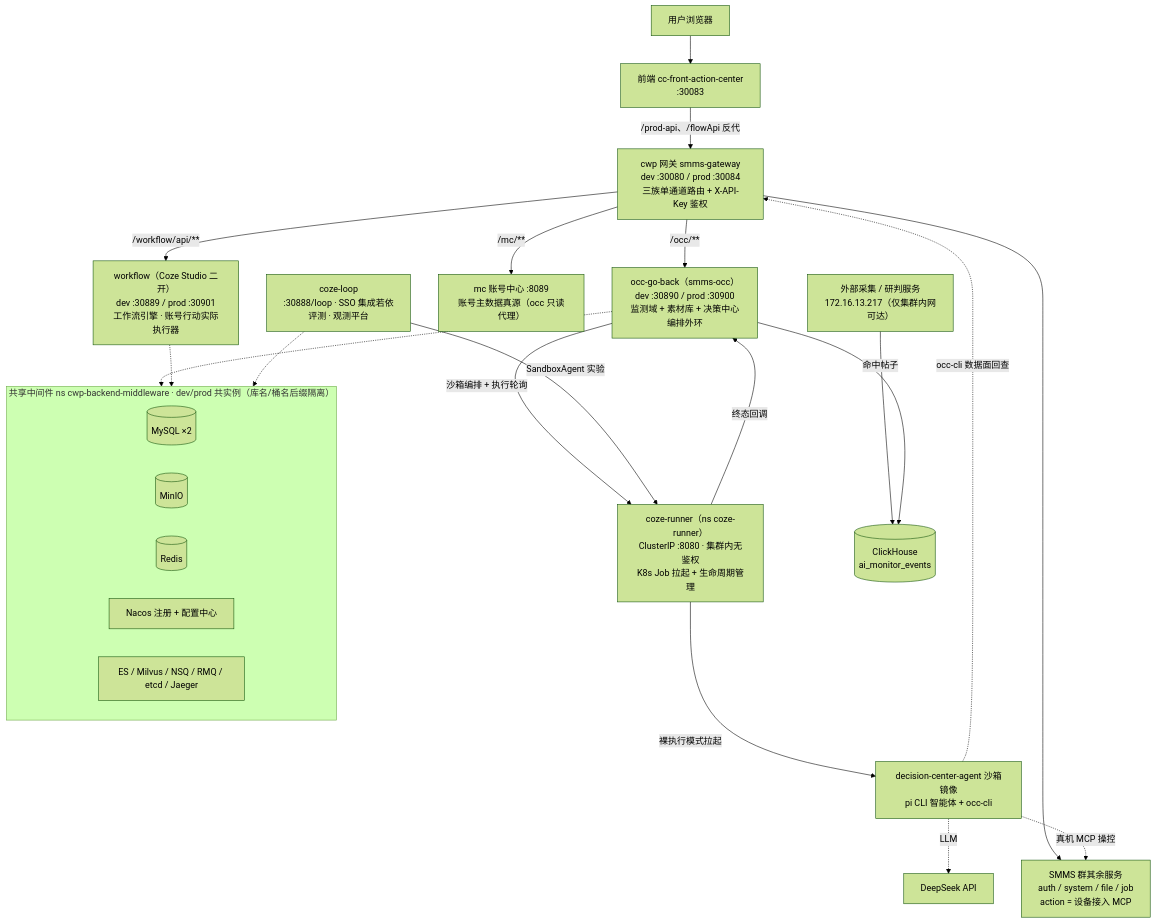
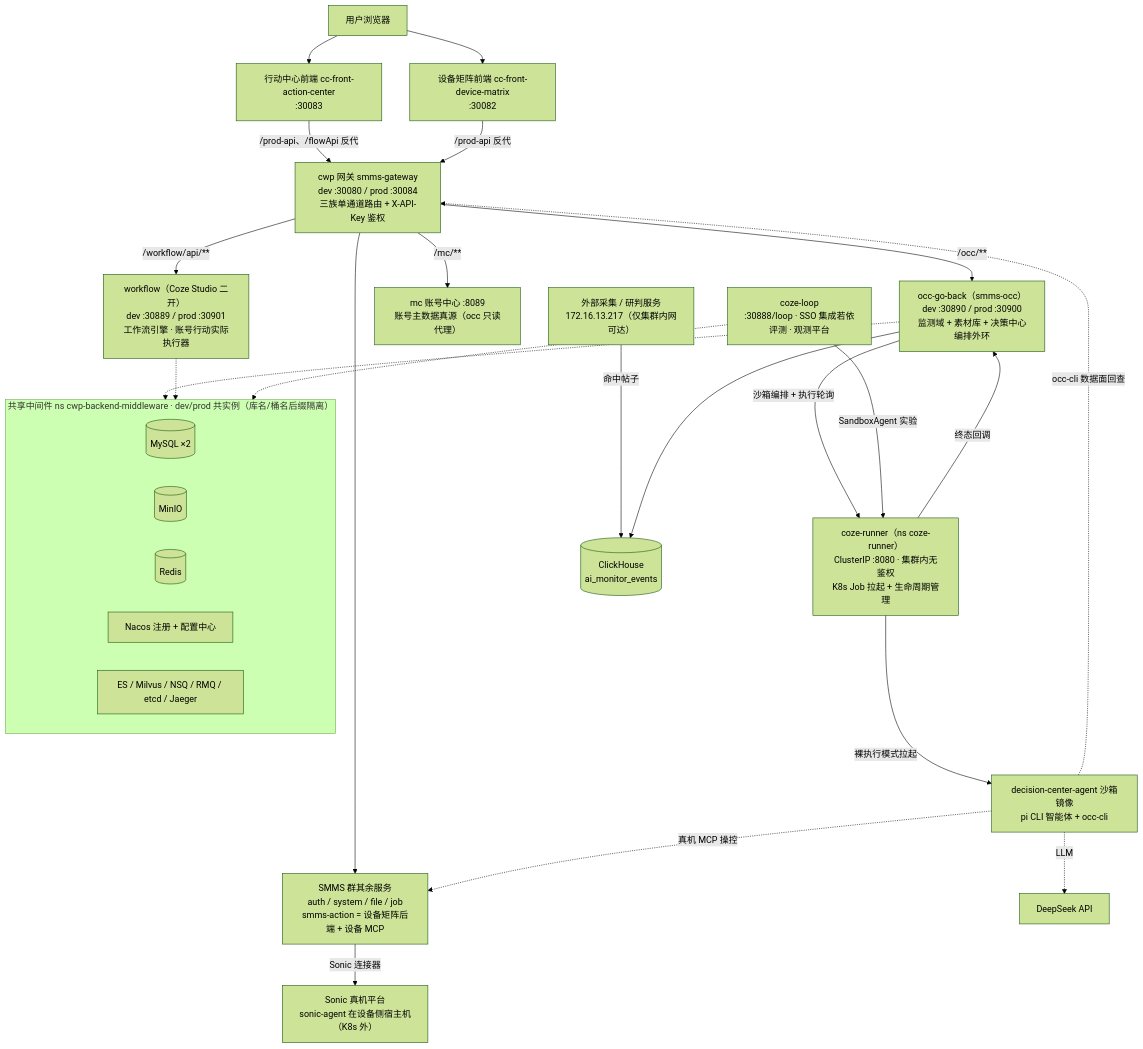
One commit to Sj-g/obsidian changed the diagram in Clippings/OCC 交接文档.md. Above: the diagram before and after it, drawn with Mermaid (forest theme). The commit also changed other lines of this file, not shown here.

````diff
--- a/Clippings/OCC 交接文档.md
+++ b/Clippings/OCC 交接文档.md
@@ -109,35 +108,38 @@
 ```mermaid
 flowchart TB
-    U[用户浏览器] --> FE["前端 cc-front-action-center<br/>:30083"]
-    FE -->|/prod-api、/flowApi 反代| GW["cwp 网关 smms-gateway<br/>dev :30080 / prod :30084<br/>三族单通道路由 + X-API-Key 鉴权"]
+    U[用户浏览器] --> FE["行动中心前端 cc-front-action-center<br/>:30083"]
+    U --> DM["设备矩阵前端 cc-front-device-matrix<br/>:30082"]
+    FE -->|/prod-api、/flowApi 反代| GW
+    DM -->|/prod-api 反代| GW["cwp 网关 smms-gateway<br/>dev :30080 / prod :30084<br/>三族单通道路由 + X-API-Key 鉴权"]
 
     GW -->|/occ/**| OCC["occ-go-back（smms-occ）<br/>dev :30890 / prod :30900<br/>监测域 + 素材库 + 决策中心编排外环"]
     GW -->|/workflow/api/**| WF["workflow（Coze Studio 二开）<br/>dev :30889 / prod :30901<br/>工作流引擎 · 账号行动实际执行器"]
     GW -->|/mc/**| MC["mc 账号中心 :8089<br/>账号主数据真源（occ 只读代理）"]
-    GW --> SMMS["SMMS 群其余服务<br/>auth / system / file / job<br/>action = 设备接入 MCP"]
+    GW --> SMMS["SMMS 群其余服务<br/>auth / system / file / job<br/>smms-action = 设备矩阵后端 + 设备 MCP"]
 
     OCC -->|沙箱编排 + 执行轮询| RUN["coze-runner（ns coze-runner）<br/>ClusterIP :8080 · 集群内无鉴权<br/>K8s Job 拉起 + 生命周期管理"]
     RUN -->|终态回调| OCC
     RUN -->|裸执行模式拉起| AGENT["decision-center-agent 沙箱镜像<br/>pi CLI 智能体 + occ-cli"]
     AGENT -.->|occ-cli 数据面回查| GW
     AGENT -.->|LLM| DS["DeepSeek API"]
     AGENT -.->|真机 MCP 操控| SMMS
+    SMMS -->|Sonic 连接器| SONIC["Sonic 真机平台<br/>sonic-agent 在设备侧宿主机（K8s 外）"]
 
     LOOP["coze-loop<br/>:30888/loop · SSO 集成若依<br/>评测 · 观测平台"]
     LOOP -->|SandboxAgent 实验| RUN
 
     EXT["外部采集 / 研判服务<br/>172.16.13.217（仅集群内网可达）"] -->|命中帖子| CH[("ClickHouse<br/>ai_monitor_events")]
     OCC --> CH
 
     subgraph MW["共享中间件 ns cwp-backend-middleware · dev/prod 共实例（库名/桶名后缀隔离）"]
         direction LR
         MY[("MySQL ×2")]
         MINIO[("MinIO")]
         REDIS[("Redis")]
         NACOS["Nacos 注册 + 配置中心"]
         OTHERS["ES / Milvus / NSQ / RMQ / etcd / Jaeger"]
     end
     OCC -.-> MW
     WF -.-> MW
     LOOP -.-> MW
 ```
````
